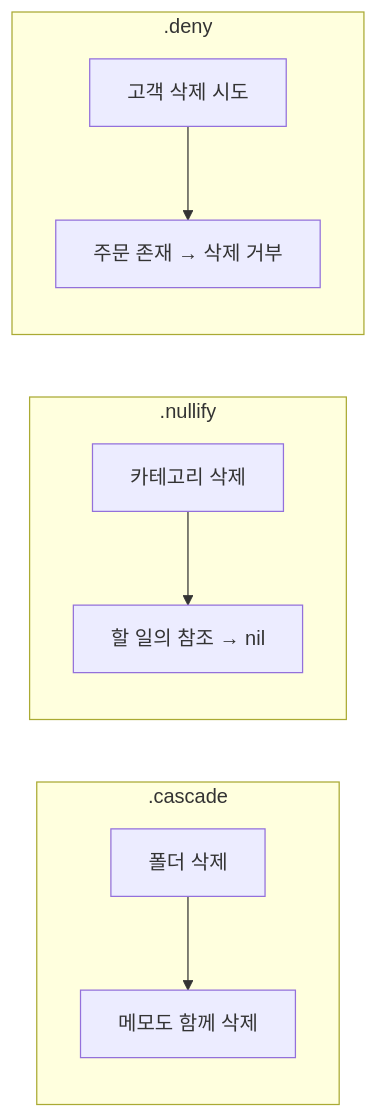
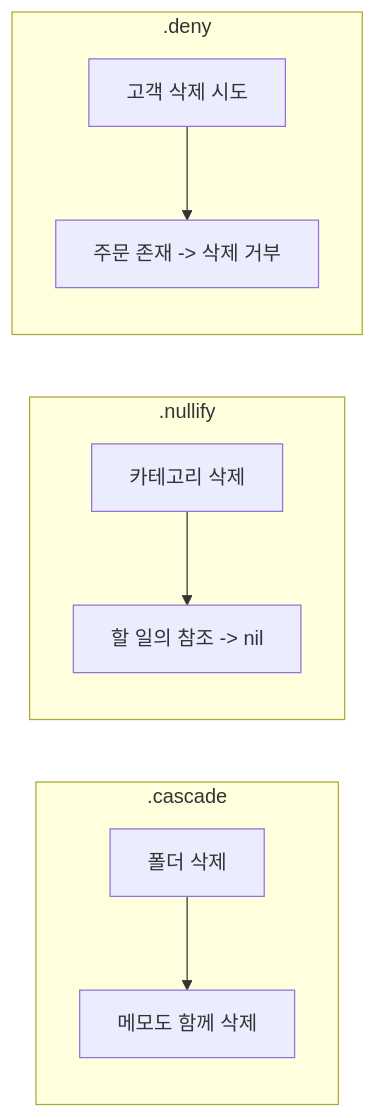
The second of 4 diagrams in 06-swiftdata/03-relationships-query.md (jsonpassion/forge-tutorial-swift), drawn with Mermaid before and after one commit. The commit also changed 69 other files, not shown here.

````diff
--- a/06-swiftdata/03-relationships-query.md
+++ b/06-swiftdata/03-relationships-query.md
@@ -118,12 +118,12 @@
 ```mermaid
 flowchart LR
     subgraph cascade[".cascade"]
         A1["폴더 삭제"] --> B1["메모도 함께 삭제"]
     end
     subgraph nullify[".nullify"]
-        A2["카테고리 삭제"] --> B2["할 일의 참조 → nil"]
+        A2["카테고리 삭제"] --> B2["할 일의 참조 -> nil"]
     end
     subgraph deny[".deny"]
-        A3["고객 삭제 시도"] --> B3["주문 존재 → 삭제 거부"]
+        A3["고객 삭제 시도"] --> B3["주문 존재 -> 삭제 거부"]
     end
 ```
````
